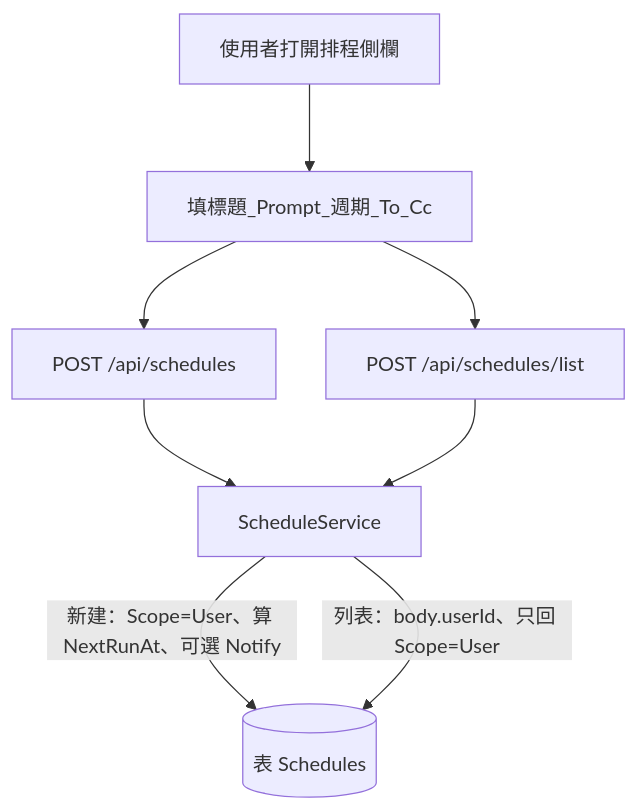
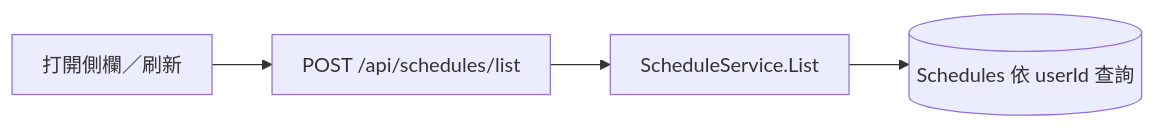
One commit to jellyfish00001/MoAgentChat_Work changed the second of 3 diagrams in docs/schedule-api.md. Above: the diagram before and after it, drawn with Mermaid. The commit also changed other lines of this file and 2 other files, not shown here.

Commit message:
update 流程圖

````diff
--- a/docs/schedule-api.md
+++ b/docs/schedule-api.md
@@ -15,18 +32,7 @@
 ```mermaid
-%%{init: {"flowchart": {"nodeSpacing": 40, "rankSpacing": 70, "padding": 16}}}%%
-flowchart TD
-  User[使用者打開排程側欄]
-  Form[填標題_Prompt_週期_To_Cc]
-  PostCreate["POST /api/schedules"]
-  PostList["POST /api/schedules/list"]
-  Svc[ScheduleService]
-  DbSched[(表 Schedules)]
-
-  User --> Form
-  Form --> PostCreate
-  Form --> PostList
-  PostCreate --> Svc
-  PostList --> Svc
-  Svc -->|"新建：Scope=User、算 NextRunAt、可選 Notify"| DbSched
-  Svc -->|"列表：body.userId、只回 Scope=User"| DbSched
+%%{init: {"flowchart": {"nodeSpacing": 36, "rankSpacing": 48, "padding": 12, "useMaxWidth": true}}}%%
+flowchart LR
+  A[打開側欄／刷新] --> B["POST /api/schedules/list"]
+  B --> C[ScheduleService.List]
+  C --> D[(Schedules 依 userId 查詢)]
 ```
````
